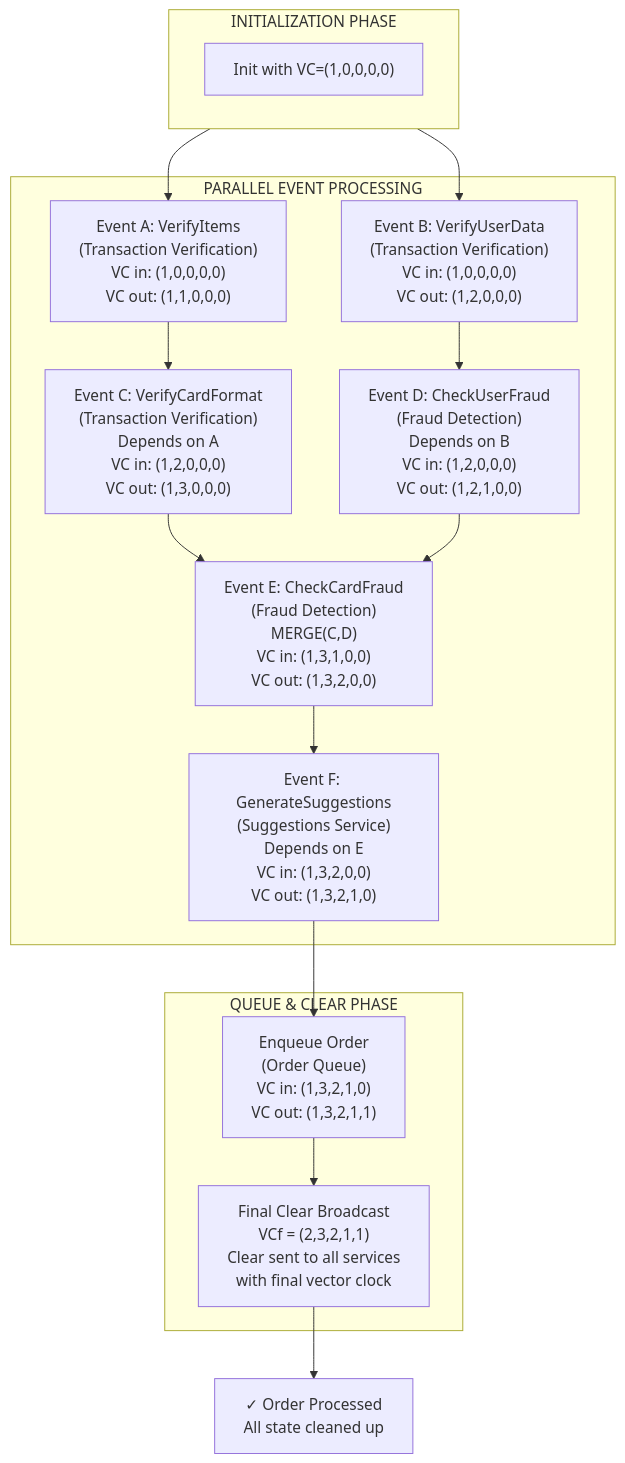
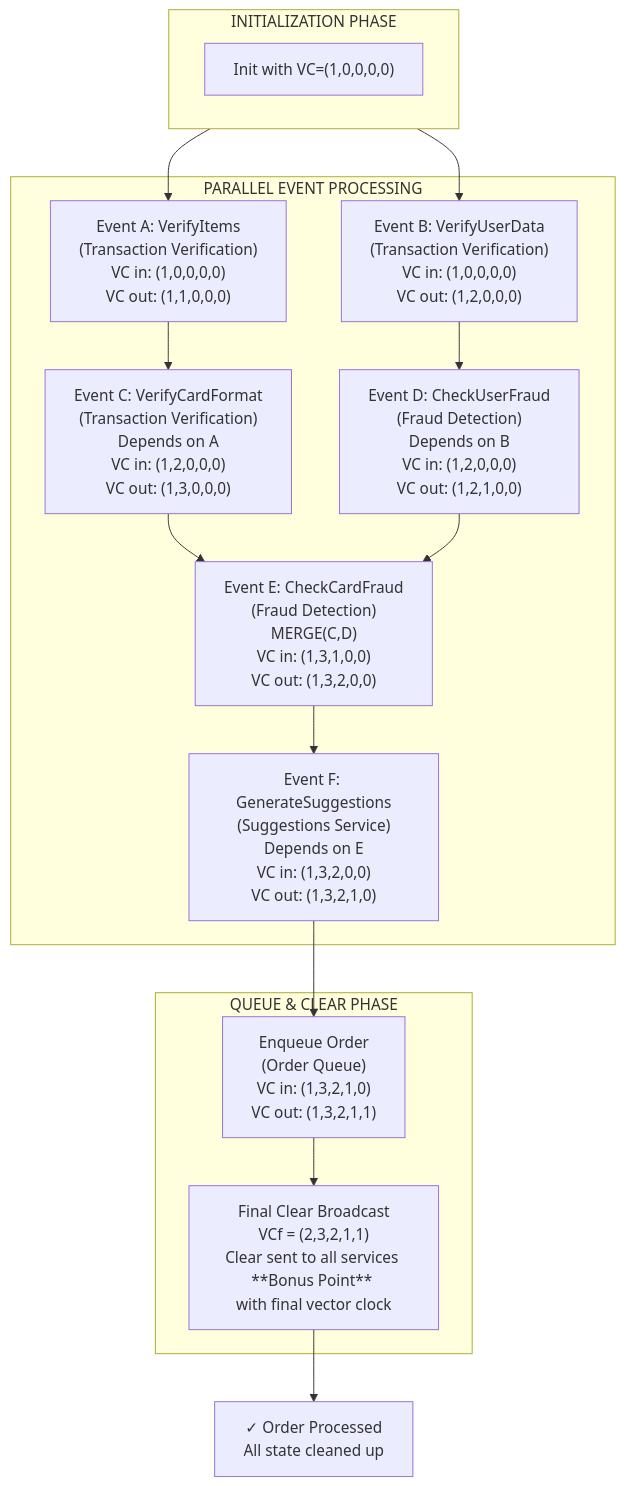
The fourth of 5 diagrams in README.md (mharisirfan/ds-practice-2025), drawn with Mermaid before and after one commit.

Commit message:
Update README with bonus point note in Clear phase

````diff
--- a/README.md
+++ b/README.md
@@ -133,44 +133,44 @@
 ```mermaid
 graph TB
     subgraph Init ["INITIALIZATION PHASE"]
         init["Init with VC=(1,0,0,0,0)"]
     end
     
     subgraph EventsPhase ["PARALLEL EVENT PROCESSING"]
         A["Event A: VerifyItems<br/>(Transaction Verification)<br/>VC in: (1,0,0,0,0)<br/>VC out: (1,1,0,0,0)"]
         B["Event B: VerifyUserData<br/>(Transaction Verification)<br/>VC in: (1,0,0,0,0)<br/>VC out: (1,2,0,0,0)"]
         
         C["Event C: VerifyCardFormat<br/>(Transaction Verification)<br/>Depends on A<br/>VC in: (1,2,0,0,0)<br/>VC out: (1,3,0,0,0)"]
         
         D["Event D: CheckUserFraud<br/>(Fraud Detection)<br/>Depends on B<br/>VC in: (1,2,0,0,0)<br/>VC out: (1,2,1,0,0)"]
         
         E["Event E: CheckCardFraud<br/>(Fraud Detection)<br/>MERGE(C,D)<br/>VC in: (1,3,1,0,0)<br/>VC out: (1,3,2,0,0)"]
         
         F["Event F: GenerateSuggestions<br/>(Suggestions Service)<br/>Depends on E<br/>VC in: (1,3,2,0,0)<br/>VC out: (1,3,2,1,0)"]
     end
     
     subgraph Queue ["QUEUE & CLEAR PHASE"]
         Enq["Enqueue Order<br/>(Order Queue)<br/>VC in: (1,3,2,1,0)<br/>VC out: (1,3,2,1,1)"]
         
-        Clear["Final Clear Broadcast<br/>VCf = (2,3,2,1,1)<br/>Clear sent to all services<br/>with final vector clock"]
+        Clear["Final Clear Broadcast<br/>VCf = (2,3,2,1,1)<br/>Clear sent to all services **Bonus Point** <br/>with final vector clock"]
     end
     
     Result["✓ Order Processed<br/>All state cleaned up"]
     
     Init --> A
     Init --> B
     
     A --> C
     B --> D
     
     C --> E
     D --> E
     
     E --> F
     
     F --> Enq
     
     Enq --> Clear
     Clear --> Result
 
 ```
````
